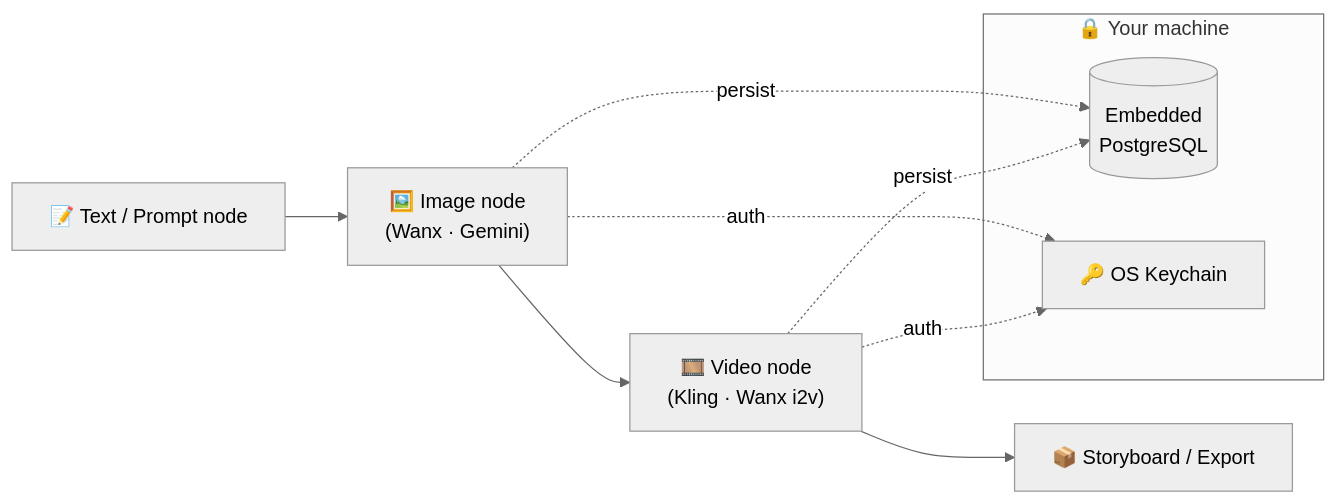
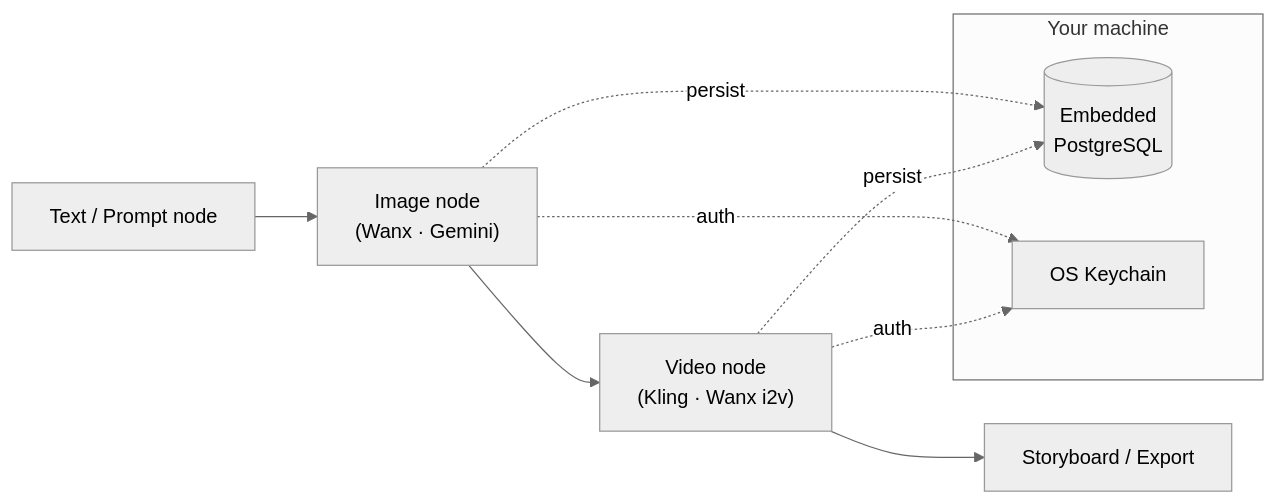
Before and after one commit to KerroKapple/InkFrame: the diagram in README.md, drawn with Mermaid (neutral theme). The commit also changed other lines of this file and 1 other file, not shown here.

````diff
--- a/README.md
+++ b/README.md
@@ -43,14 +43,14 @@
 ```mermaid
 flowchart LR
-    A["📝 Text / Prompt node"] --> B["🖼️ Image node<br/>(Wanx · Gemini)"]
-    B --> C["🎞️ Video node<br/>(Kling · Wanx i2v)"]
-    C --> D["📦 Storyboard / Export"]
-    subgraph Local["🔒 Your machine"]
+    A["Text / Prompt node"] --> B["Image node<br/>(Wanx · Gemini)"]
+    B --> C["Video node<br/>(Kling · Wanx i2v)"]
+    C --> D["Storyboard / Export"]
+    subgraph Local["Your machine"]
       DB[("Embedded<br/>PostgreSQL")]
-      KEY["🔑 OS Keychain"]
+      KEY["OS Keychain"]
     end
     B -.persist.-> DB
     C -.persist.-> DB
     B -.auth.-> KEY
     C -.auth.-> KEY
 ```
````
